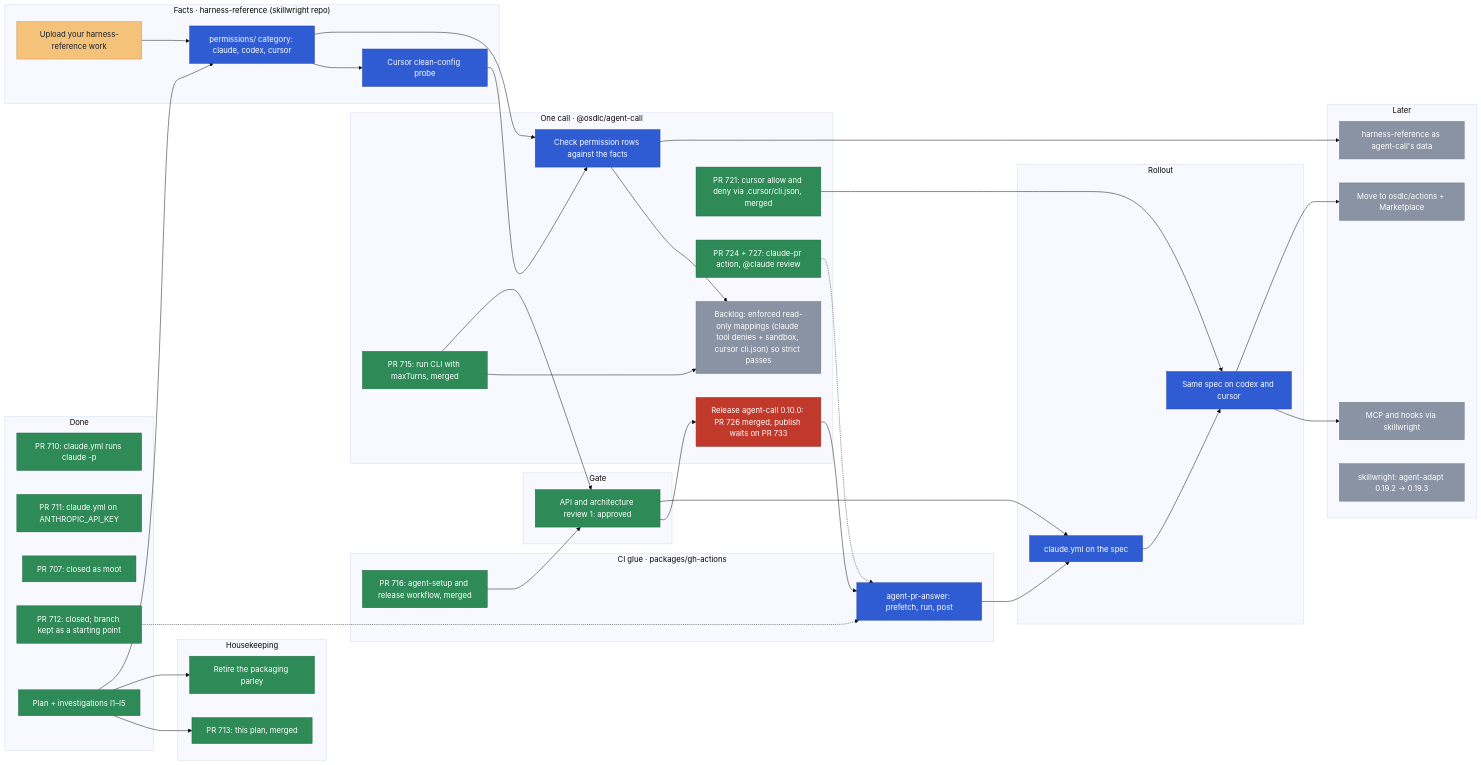
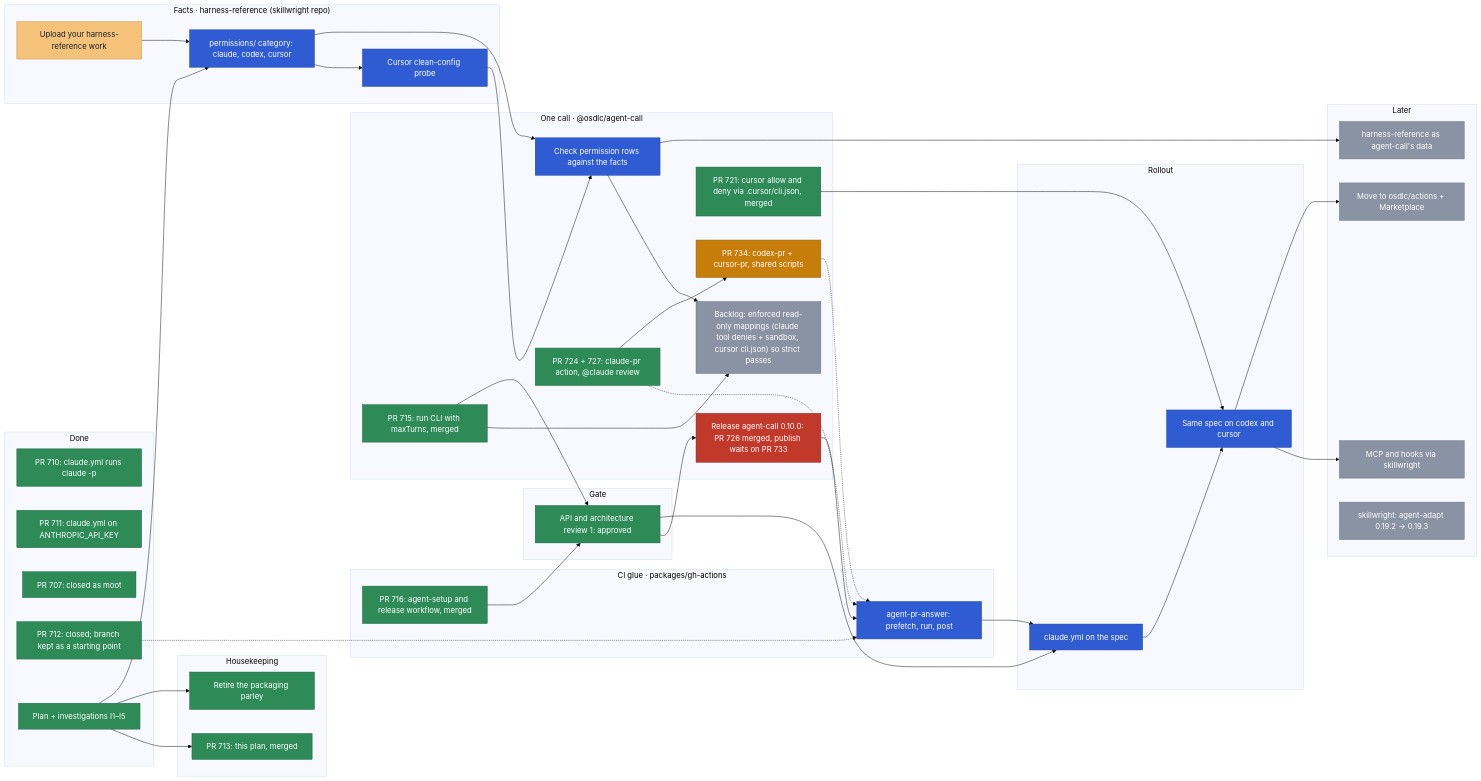
Before and after one commit to osdlc/osdlc: the diagram in docs/planning/agent-ci.md, drawn with Mermaid (base theme). The commit also changed other lines of this file, not shown here.

Commit message:
docs(planning): PR 734, codex-pr and cursor-pr

```diff
--- a/docs/planning/agent-ci.md
+++ b/docs/planning/agent-ci.md
@@ -60,6 +60,7 @@
     STRICT["Backlog: enforced read-only mappings (claude tool denies + sandbox, cursor cli.json) so strict passes"]
     CUR["PR 721: cursor allow and deny via .cursor/cli.json, merged"]
     REV["PR 724 + 727: claude-pr action, @claude review"]
+    HPR["PR 734: codex-pr + cursor-pr, shared scripts"]
     REL["Release agent-call 0.10.0: PR 726 merged, publish waits on PR 733"]
   end
   subgraph gate["Gate"]
@@ -99,6 +100,8 @@
   SPEC --> MULTI
   CUR --> MULTI
   REV -.-> ANS
+  REV --> HPR
+  HPR -.-> ANS
   MULTI --> MCP
   MULTI --> PUB
   CHECK --> DATA
@@ -116,6 +119,7 @@
   class UP yours
   class SETUP done
   class REV done
+  class HPR active
   class PERM,PROBE,CHECK,ANS,SPEC,MULTI next
   class REL blocked
   class CUR done
```
